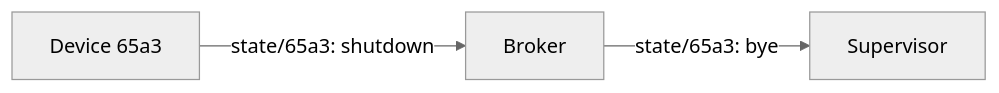
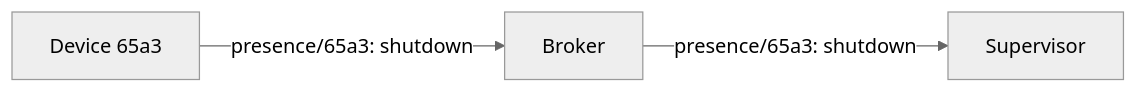
Before and after one commit to rsmp-nordic/core_v4: the second of 3 diagrams in docs/pages/presence.md, drawn with Mermaid (neutral theme). The commit also changed other lines of this file, not shown here.

````diff
--- a/docs/pages/presence.md
+++ b/docs/pages/presence.md
@@ -34,5 +33,5 @@
 ```mermaid
  graph LR;
-      A[Device 65a3]-->|state/65a3: shutdown| Broker
-      Broker-->|state/65a3: bye| Supervisor;
+      A[Device 65a3]-->|presence/65a3: shutdown| Broker
+      Broker-->|presence/65a3: shutdown| Supervisor;
 ```
````
